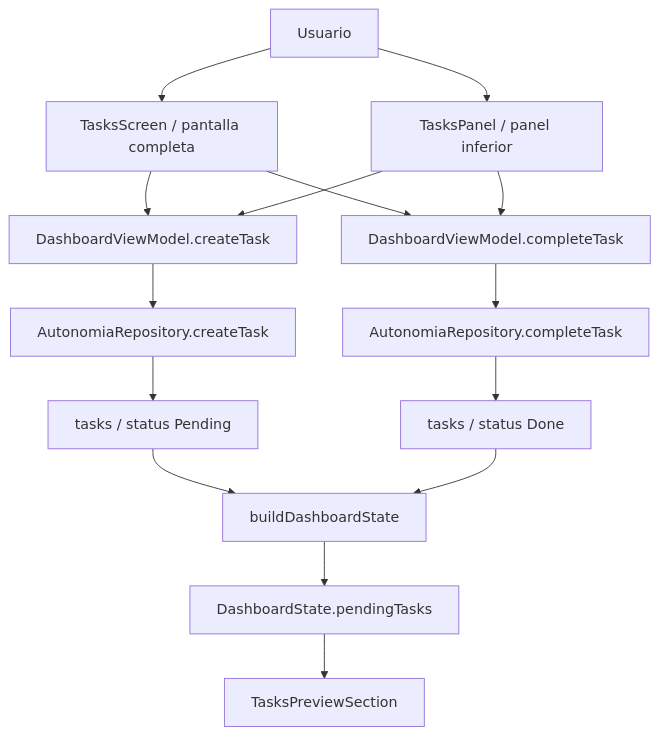
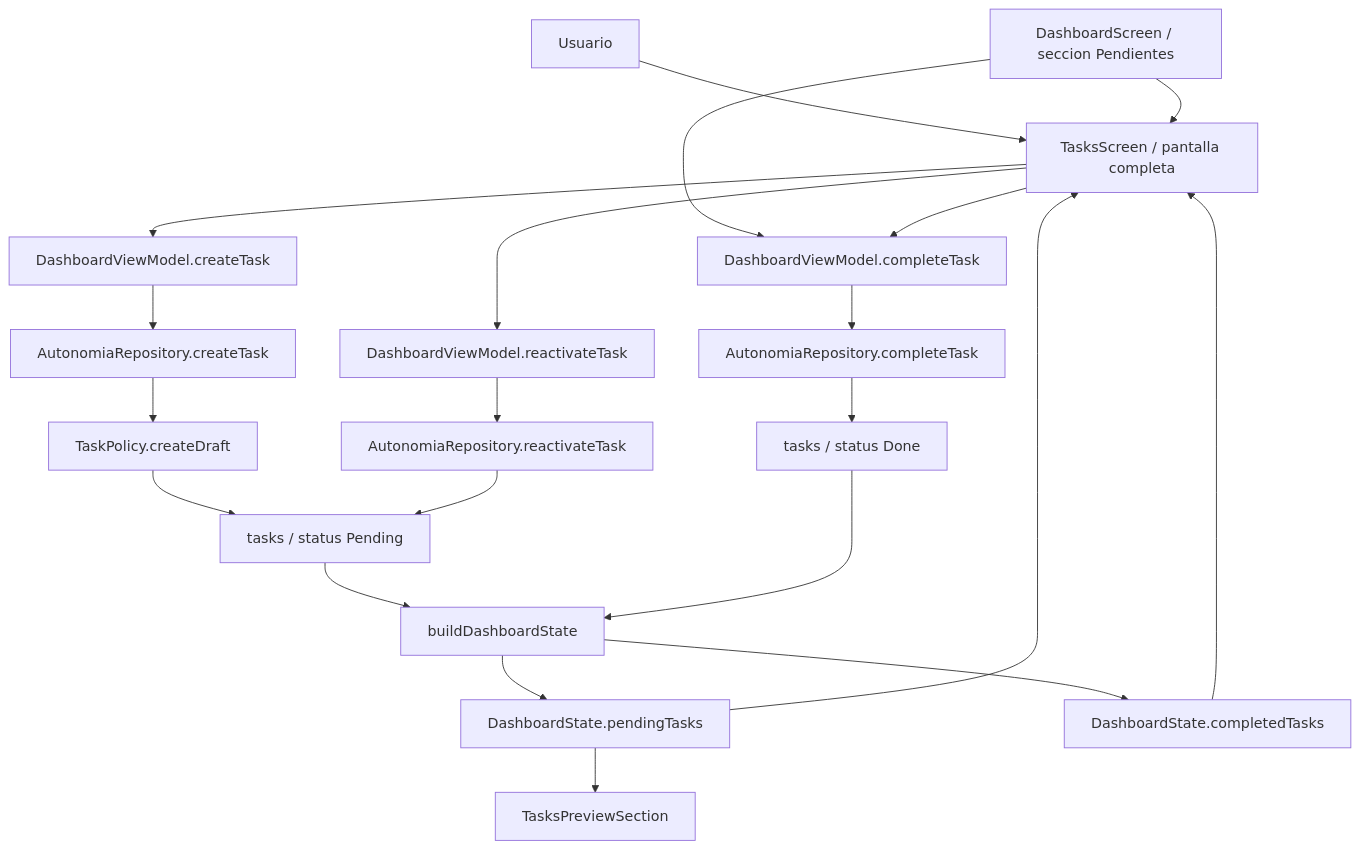
One commit to DanoMn/apk-personal changed the eighth of 10 diagrams in docs/mapa-flujos-estado-actual-2026-05-24.md. Above: the diagram before and after it, drawn with Mermaid. The commit also changed other lines of this file and 27 other files, not shown here.

````diff
--- a/docs/mapa-flujos-estado-actual-2026-05-24.md
+++ b/docs/mapa-flujos-estado-actual-2026-05-24.md
@@ -237,20 +236,27 @@
 ```mermaid
 flowchart TD
     User["Usuario"] --> TasksScreen["TasksScreen / pantalla completa"]
-    User --> TasksPanel["TasksPanel / panel inferior"]
+    Dashboard["DashboardScreen / seccion Pendientes"] --> CompleteTask
+    Dashboard --> TasksScreen
 
     TasksScreen --> CreateTask["DashboardViewModel.createTask"]
-    TasksPanel --> CreateTask
     CreateTask --> RepositoryCreate["AutonomiaRepository.createTask"]
-    RepositoryCreate --> TaskEntity["tasks / status Pending"]
+    RepositoryCreate --> TaskPolicy["TaskPolicy.createDraft"]
+    TaskPolicy --> TaskEntity["tasks / status Pending"]
 
     TasksScreen --> CompleteTask["DashboardViewModel.completeTask"]
-    TasksPanel --> CompleteTask
     CompleteTask --> RepositoryDone["AutonomiaRepository.completeTask"]
     RepositoryDone --> TaskDone["tasks / status Done"]
+
+    TasksScreen --> ReactivateTask["DashboardViewModel.reactivateTask"]
+    ReactivateTask --> RepositoryReactivate["AutonomiaRepository.reactivateTask"]
+    RepositoryReactivate --> TaskEntity
 
     TaskEntity --> Projection["buildDashboardState"]
     TaskDone --> Projection
     Projection --> PendingTasks["DashboardState.pendingTasks"]
+    Projection --> CompletedTasks["DashboardState.completedTasks"]
     PendingTasks --> TasksPreview["TasksPreviewSection"]
+    PendingTasks --> TasksScreen
+    CompletedTasks --> TasksScreen
 ```
````
